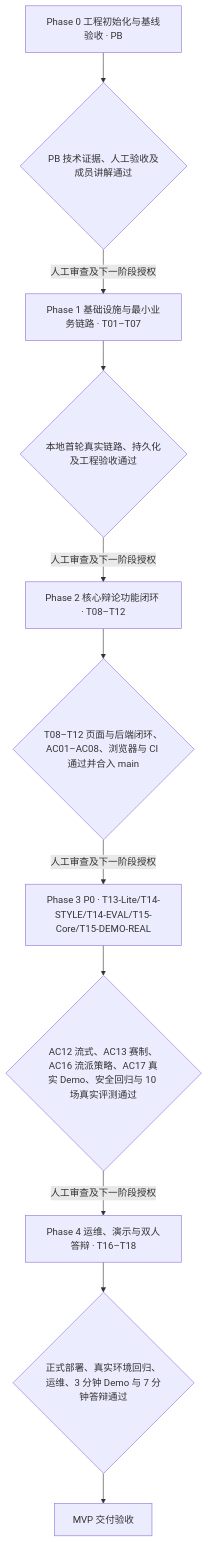
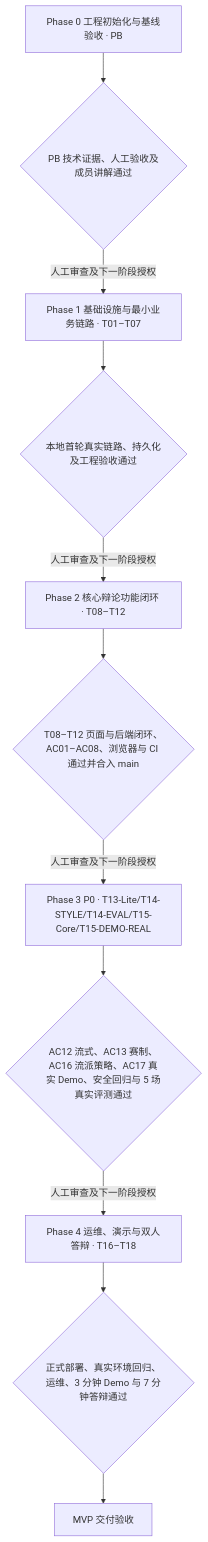
One commit to bingqilin456/DebateForge changed the diagram in docs/planning/PLAN.md. Above: the diagram before and after it, drawn with Mermaid. The commit also changed other lines of this file and 7 other files, not shown here.

````diff
--- a/docs/planning/PLAN.md
+++ b/docs/planning/PLAN.md
@@ -86,13 +86,13 @@
 ```mermaid
 flowchart TD
     P0["Phase 0 工程初始化与基线验收 · PB"] --> G0{"PB 技术证据、人工验收及成员讲解通过"}
     G0 -->|人工审查及下一阶段授权| P1["Phase 1 基础设施与最小业务链路 · T01–T07"]
     P1 --> G1{"本地首轮真实链路、持久化及工程验收通过"}
     G1 -->|人工审查及下一阶段授权| P2["Phase 2 核心辩论功能闭环 · T08–T12"]
     P2 --> G2{"T08–T12 页面与后端闭环、AC01–AC08、浏览器与 CI 通过并合入 main"}
     G2 -->|人工审查及下一阶段授权| P3["Phase 3 P0 · T13-Lite/T14-STYLE/T14-EVAL/T15-Core/T15-DEMO-REAL"]
-    P3 --> G3{"AC12 流式、AC13 赛制、AC16 流派策略、AC17 真实 Demo、安全回归与 10 场真实评测通过"}
+    P3 --> G3{"AC12 流式、AC13 赛制、AC16 流派策略、AC17 真实 Demo、安全回归与 5 场真实评测通过"}
     G3 -->|人工审查及下一阶段授权| P4["Phase 4 运维、演示与双人答辩 · T16–T18"]
     P4 --> G4{"正式部署、真实环境回归、运维、3 分钟 Demo 与 7 分钟答辩通过"}
     G4 --> D["MVP 交付验收"]
 ```
````
